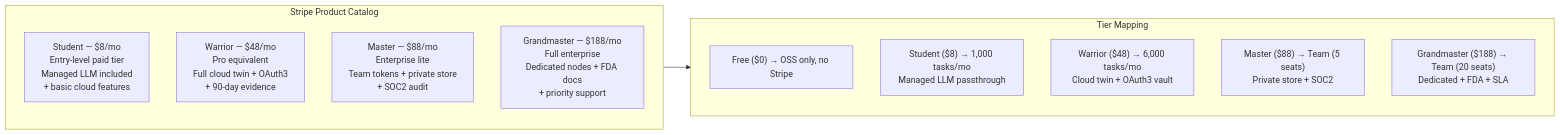
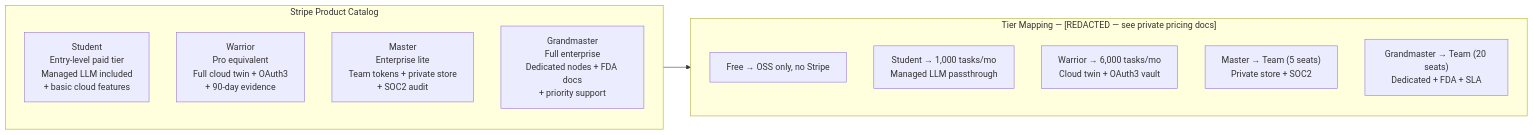
Before and after one commit to phuctruong/stillwater: the second of 6 diagrams in diagrams/stillwater/21-pricing-tiers.md, drawn with Mermaid. The commit also changed other lines of this file and 88 other files, not shown here.

````diff
--- a/diagrams/stillwater/21-pricing-tiers.md
+++ b/diagrams/stillwater/21-pricing-tiers.md
@@ -48,21 +48,21 @@
 ```mermaid
 flowchart LR
     subgraph STRIPE_PRODUCTS["Stripe Product Catalog"]
         direction TB
-        S1["Student — $8/mo\nEntry-level paid tier\nManaged LLM included\n+ basic cloud features"]
-        S2["Warrior — $48/mo\nPro equivalent\nFull cloud twin + OAuth3\n+ 90-day evidence"]
-        S3["Master — $88/mo\nEnterprise lite\nTeam tokens + private store\n+ SOC2 audit"]
-        S4["Grandmaster — $188/mo\nFull enterprise\nDedicated nodes + FDA docs\n+ priority support"]
+        S1["Student\nEntry-level paid tier\nManaged LLM included\n+ basic cloud features"]
+        S2["Warrior\nPro equivalent\nFull cloud twin + OAuth3\n+ 90-day evidence"]
+        S3["Master\nEnterprise lite\nTeam tokens + private store\n+ SOC2 audit"]
+        S4["Grandmaster\nFull enterprise\nDedicated nodes + FDA docs\n+ priority support"]
     end
 
-    subgraph PRICE_MAP["Tier Mapping"]
+    subgraph PRICE_MAP["Tier Mapping — [REDACTED — see private pricing docs]"]
         direction TB
-        PM1["Free ($0) → OSS only, no Stripe"]
-        PM2["Student ($8) → 1,000 tasks/mo\nManaged LLM passthrough"]
-        PM3["Warrior ($48) → 6,000 tasks/mo\nCloud twin + OAuth3 vault"]
-        PM4["Master ($88) → Team (5 seats)\nPrivate store + SOC2"]
-        PM5["Grandmaster ($188) → Team (20 seats)\nDedicated + FDA + SLA"]
+        PM1["Free → OSS only, no Stripe"]
+        PM2["Student → 1,000 tasks/mo\nManaged LLM passthrough"]
+        PM3["Warrior → 6,000 tasks/mo\nCloud twin + OAuth3 vault"]
+        PM4["Master → Team (5 seats)\nPrivate store + SOC2"]
+        PM5["Grandmaster → Team (20 seats)\nDedicated + FDA + SLA"]
     end
 
     STRIPE_PRODUCTS --> PRICE_MAP
 ```
````
